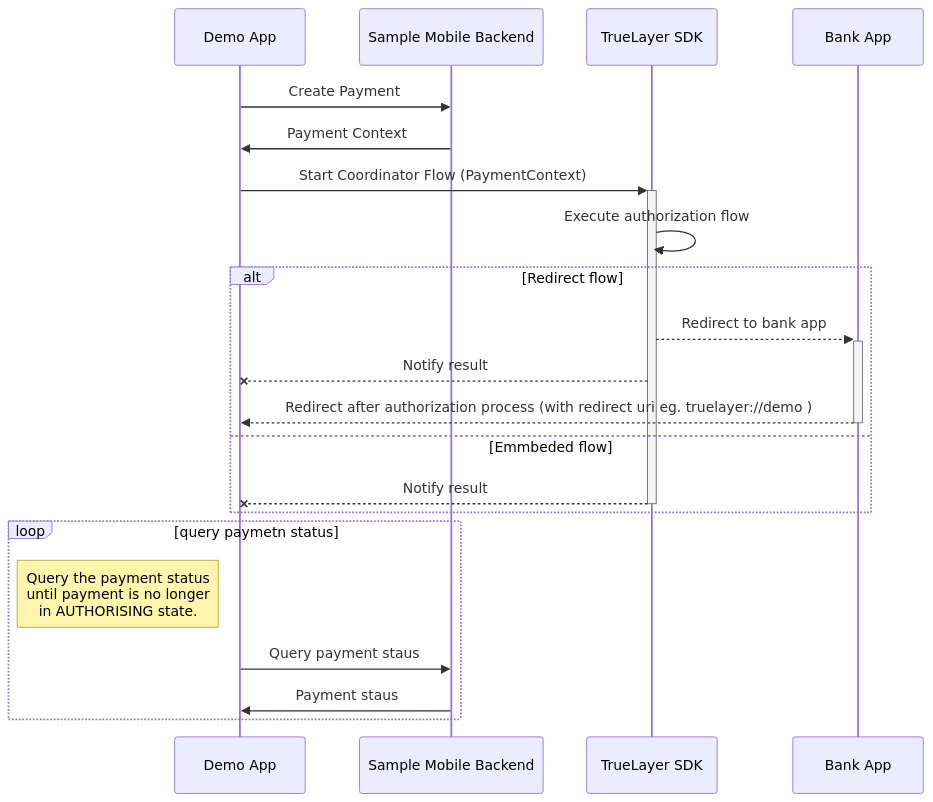
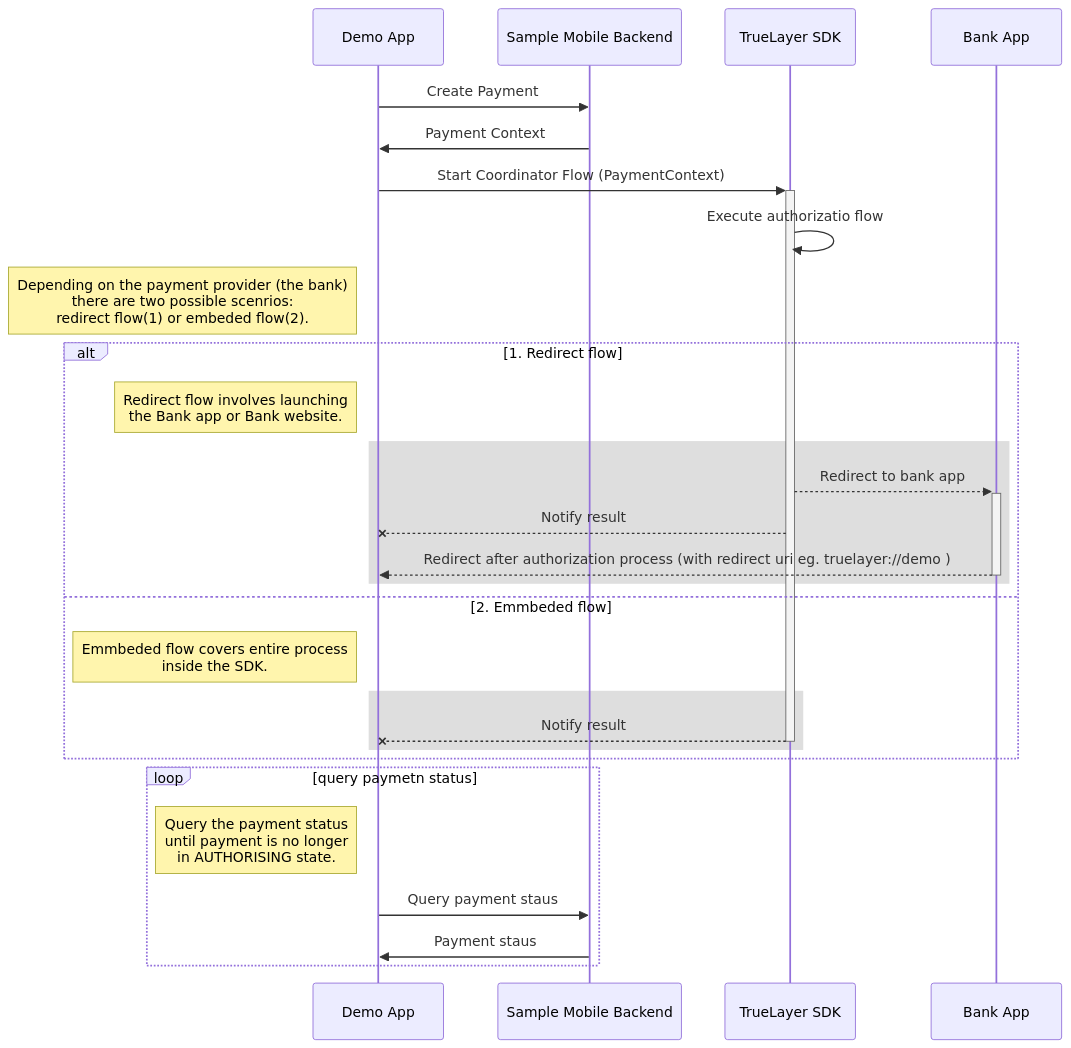
The diagram in README.md (TrueLayer/truelayer-android-sdk-demo), drawn with Mermaid before and after one commit.

Commit message:
Detailed diagram notes.

````diff
--- a/README.md
+++ b/README.md
@@ -47,25 +47,34 @@
 ```mermaid
 sequenceDiagram
 	participant app as Demo App
 	participant backend as Sample Mobile Backend
 	participant SDK as TrueLayer SDK
 	participant Bank as Bank App
 
 	app ->> backend: Create Payment
 	backend ->> app: Payment Context
 	app ->>+ SDK: Start Coordinator Flow (PaymentContext)
-	SDK ->> SDK: Execute authorization flow
-	alt Redirect flow
+	SDK ->> SDK: Execute authorizatio flow
+
+	note left of app: Depending on the payment provider (the bank) <br/>there are two possible scenrios:<br/>redirect flow(1) or embeded flow(2).
+
+	alt 1. Redirect flow
+	note left of app: Redirect flow involves launching<br/> the Bank app or Bank website.
+	rect rgb(222,222,222)
 	SDK -->>+ Bank: Redirect to bank app
-	
 	SDK --x app: Notify result
 	Bank -->>- app: Redirect after authorization process (with redirect uri eg. truelayer://demo )
-	else Emmbeded flow
+	end
+	else 2. Emmbeded flow
+		note left of app: Emmbeded flow covers entire process<br/> inside the SDK.
+	rect rgb(222,222,222)
 	SDK --x- app: Notify result
 	end
+	end
+
 	loop query paymetn status
 	note left of app: Query the payment status<br/>until payment is no longer<br/>in AUTHORISING state.
 	app ->> backend: Query payment staus
 	backend ->> app: Payment staus
 	end
 ```
````
